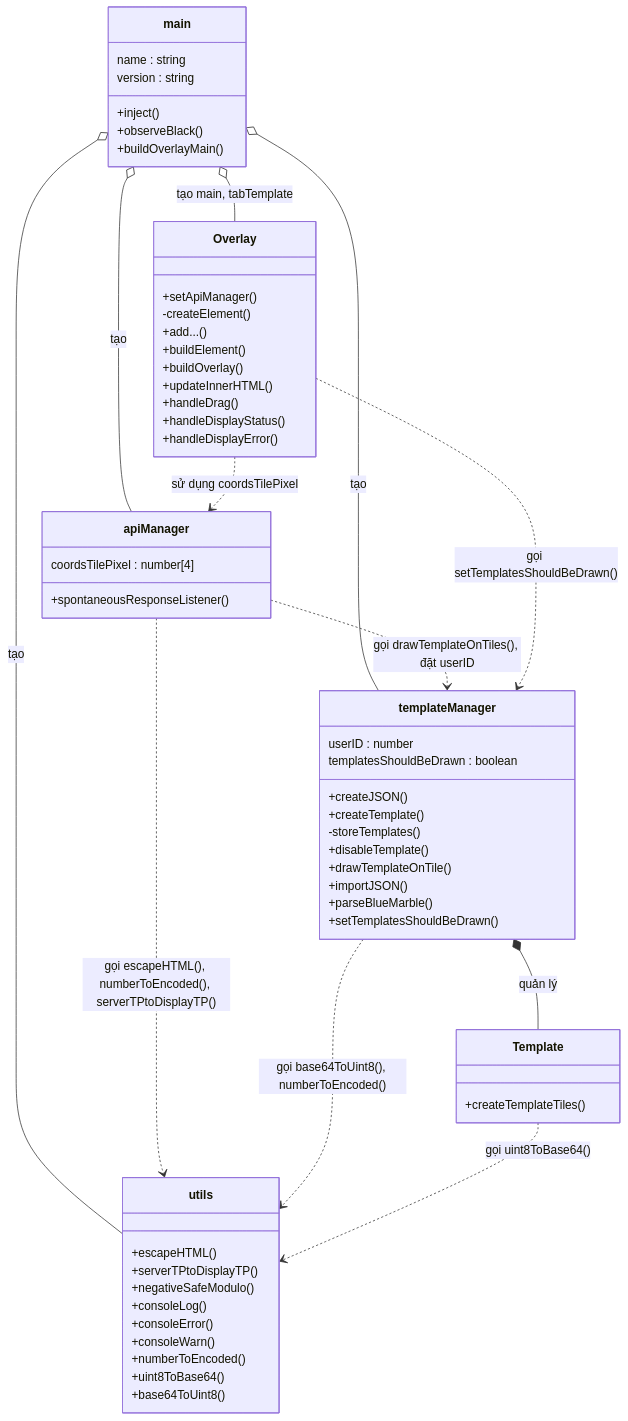
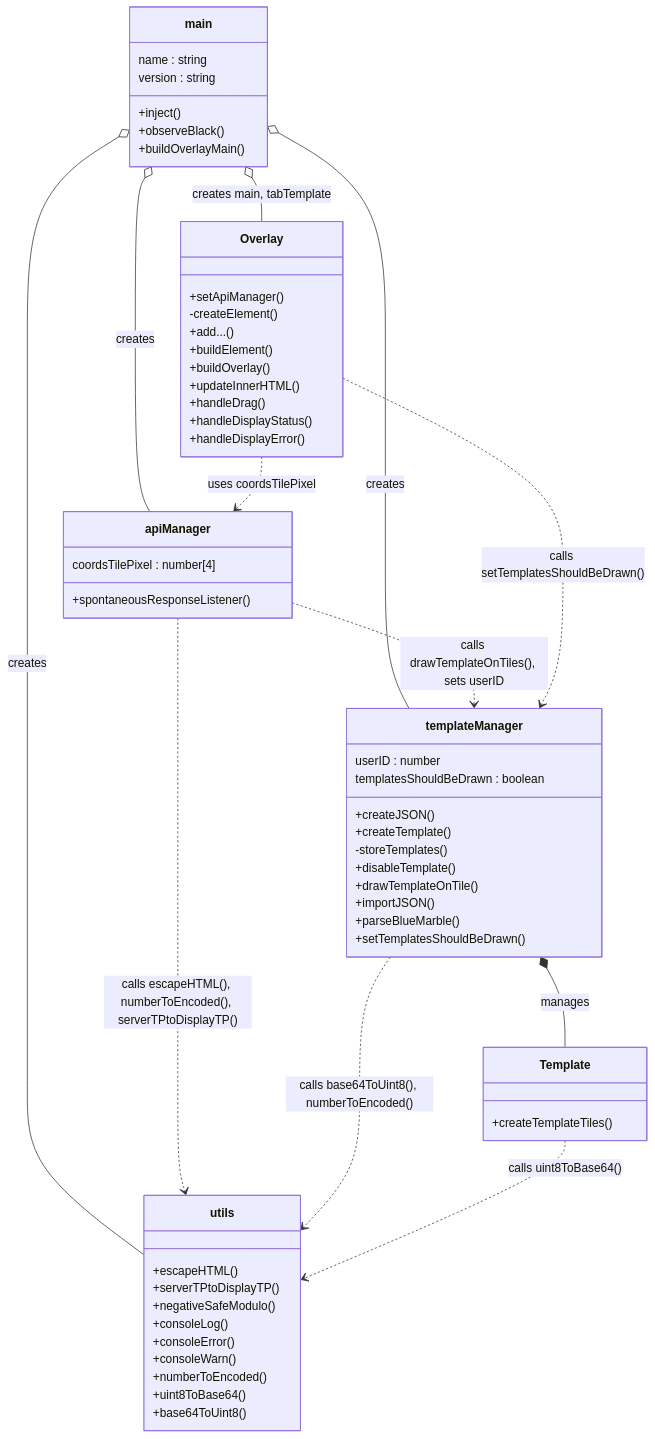
One commit to CheemsGalaxy/BlueMarble-Userscripts-Vietsub changed the first of 2 diagrams in docs/CONTRIBUTING.md. Above: the diagram before and after it, drawn with Mermaid. The commit also changed other lines of this file, not shown here.

Commit message:
Update relationship diagram descriptions in CONTRIBUTING.md

````diff
--- a/docs/CONTRIBUTING.md
+++ b/docs/CONTRIBUTING.md
@@ -172,68 +172,68 @@
 ```mermaid
 ---
   config:
     class:
       hideEmptyMembersBox: true
 ---
 classDiagram
   class main {
     name : string
     version : string
     +inject()
     +observeBlack()
     +buildOverlayMain()
   }
   class utils {
     +escapeHTML()
     +serverTPtoDisplayTP()
     +negativeSafeModulo()
     +consoleLog()
     +consoleError()
     +consoleWarn()
     +numberToEncoded()
     +uint8ToBase64()
     +base64ToUint8()
   }
   class apiManager {
     coordsTilePixel : number[4]
     +spontaneousResponseListener()
   }
   class templateManager {
     userID : number
     templatesShouldBeDrawn : boolean
     +createJSON()
     +createTemplate()
     -storeTemplates()
     +disableTemplate()
     +drawTemplateOnTile()
     +importJSON()
     +parseBlueMarble()
     +setTemplatesShouldBeDrawn()
   }
   class Template {
     +createTemplateTiles()
   }
   class Overlay {
     +setApiManager()
     -createElement()
     +add...()
     +buildElement()
     +buildOverlay()
     +updateInnerHTML()
     +handleDrag()
     +handleDisplayStatus()
     +handleDisplayError()
   }
 
-  main o-- apiManager : tạo
-  main o-- utils : tạo
-  main o-- Overlay : tạo main, tabTemplate
-  main o-- templateManager : tạo
-  apiManager ..> templateManager : gọi drawTemplateOnTiles(), đặt userID
-  apiManager ..> utils : gọi escapeHTML(), numberToEncoded(), serverTPtoDisplayTP()
-  Overlay ..> apiManager : sử dụng coordsTilePixel
-  Overlay ..> templateManager : gọi setTemplatesShouldBeDrawn()
-  templateManager *-- Template : quản lý
-  templateManager ..> utils : gọi base64ToUint8(), numberToEncoded()
-  Template ..> utils : gọi uint8ToBase64()
+  main o-- apiManager : creates
+  main o-- utils : creates
+  main o-- Overlay : creates main, tabTemplate
+  main o-- templateManager : creates
+  apiManager ..> templateManager : calls drawTemplateOnTiles(), sets userID
+  apiManager ..> utils : calls escapeHTML(), numberToEncoded(), serverTPtoDisplayTP()
+  Overlay ..> apiManager : uses coordsTilePixel
+  Overlay ..> templateManager : calls setTemplatesShouldBeDrawn()
+  templateManager *-- Template : manages
+  templateManager ..> utils : calls base64ToUint8(), numberToEncoded()
+  Template ..> utils : calls uint8ToBase64()
 ```
````
